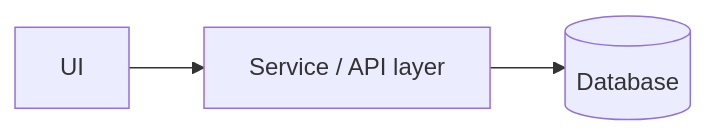
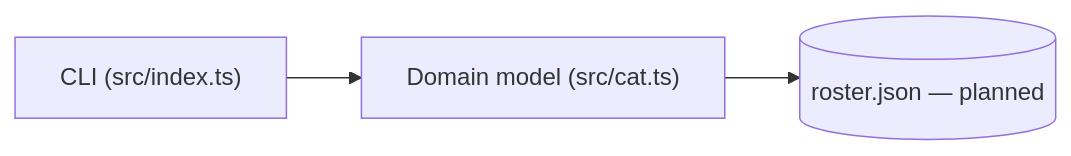
One commit to cwhiterite/cat-roster changed the first of 2 diagrams in docs/architecture.md. Above: the diagram before and after it, drawn with Mermaid. The commit also changed other lines of this file and 13 other files, not shown here.

Commit message:
feat: scaffold Cat Roster project with TypeScript + Vitest

````diff
--- a/docs/architecture.md
+++ b/docs/architecture.md
@@ -15,5 +16,5 @@
 ```mermaid
 flowchart LR
-    UI["UI"] --> SVC["Service / API layer"]
-    SVC --> DB[("Database")]
+    CLI["CLI (src/index.ts)"] --> DOM["Domain model (src/cat.ts)"]
+    DOM --> FILE[("roster.json — planned")]
 ```
````
